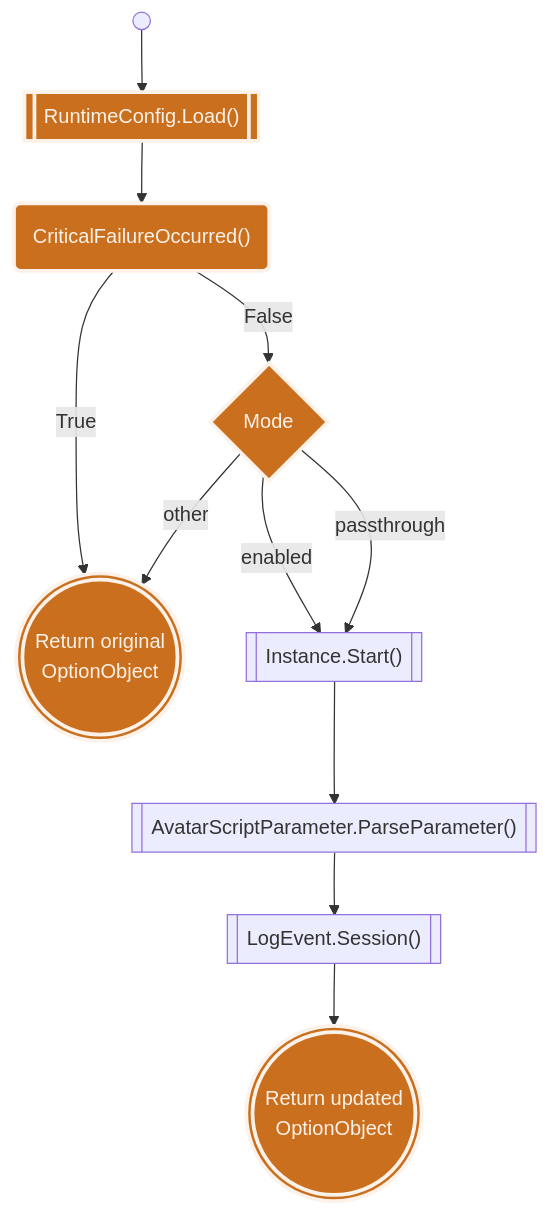
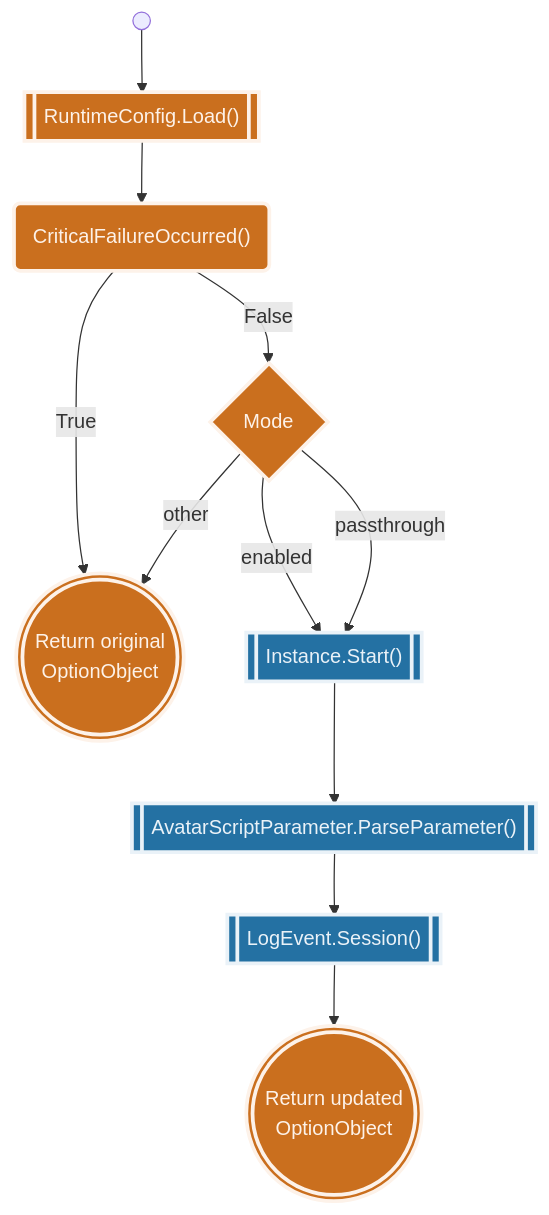
Before and after one commit to spectrum-health-systems/tingen-documentation: the first of 3 diagrams in static/diagrams/TingenWebService.md, drawn with Mermaid.

````diff
--- a/static/diagrams/TingenWebService.md
+++ b/static/diagrams/TingenWebService.md
@@ -26,29 +26,29 @@
 ```mermaid
 flowchart TD
     %% Components
     Start@{shape: sm-circ, label: ""}
     RuntimeConfig_Load@{shape: fr-rect, label: "RuntimeConfig.Load()"}
     CriticalFailureOccurred@{shape: rounded, label: "CriticalFailureOccurred()"}
     ReturnOriginalOptionObject@{shape: dbl-circ, label: "Return original\nOptionObject"}
     Mode@{shape: diam, label: "Mode"}
     Instance.Start@{shape: fr-rect, label: "Instance.Start()"}
     ParseParameter@{shape: fr-rect, label: "AvatarScriptParameter.ParseParameter()"}
     LogSession@{shape: fr-rect, label: "LogEvent.Session()"}
     ReturnUpdatedOptionObject@{shape: dbl-circ, label: "Return updated\nOptionObject"}
     %% Layout
     Start --> RuntimeConfig_Load:::E3_ --> CriticalFailureOccurred:::E3_
     CriticalFailureOccurred -- True --> ReturnOriginalOptionObject:::E3_
     CriticalFailureOccurred -- False --> Mode:::E3_
-    Mode -- enabled --> Instance.Start
+    Mode -- enabled --> Instance.Start:::U3_
     Mode -- passthrough --> Instance.Start
     Mode -- other --> ReturnOriginalOptionObject
-    Instance.Start --> ParseParameter
-    ParseParameter --> LogSession
+    Instance.Start --> ParseParameter:::U3_
+    ParseParameter --> LogSession:::U3_
     LogSession --> ReturnUpdatedOptionObject:::E3_
     %% Styles
     classDef E3_ stroke:#fdf2e9,stroke-width:3px,fill:#ca6f1e,color:#fdf2e9
     classDef U3_ stroke:#eaf2f8,stroke-width:3px,fill:#2471a3,color:#eaf2f8
     %% Links
     click RuntimeConfig_Load "https://github.com/spectrum-health-systems/tingen-documentation-project/blob/main/static/diagrams/TingenWebService.Configuration.md#tingenwebserviceconfigurationruntimeconfigcs"
     click CriticalFailureOccurred "https://github.com/spectrum-health-systems/tingen-documentation-project/blob/main/static/diagrams/TingenWebService.md#criticalfailureoccurred"
 ```
````
